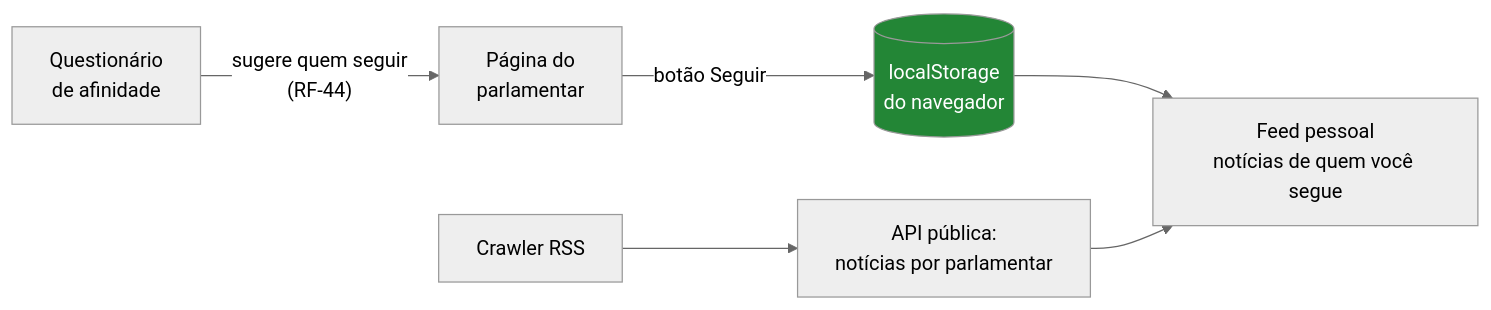
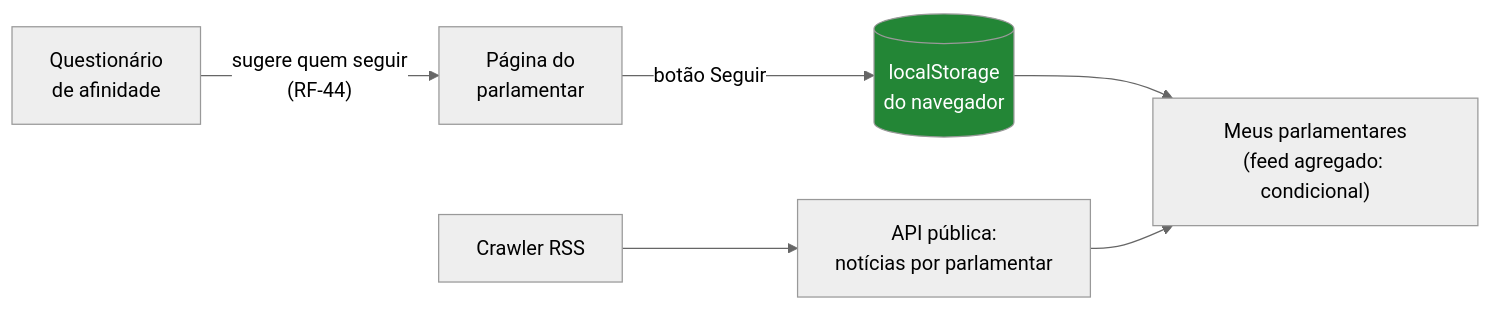
The second of 2 diagrams in docs/arq/30-pagina-do-parlamentar.md (IgorLucasAssuncao/poligraph), drawn with Mermaid (neutral theme) before and after one commit. The commit also changed other lines of this file, not shown here.

First line of the commit message:
docs: alinha a página do parlamentar ao feed condicional

````diff
--- a/docs/arq/30-pagina-do-parlamentar.md
+++ b/docs/arq/30-pagina-do-parlamentar.md
@@ -153,9 +155,9 @@
 ```mermaid
 flowchart LR
     Q["Questionário<br/>de afinidade"] -->|"sugere quem seguir<br/>(RF-44)"| P["Página do<br/>parlamentar"]
     P -->|"botão Seguir"| L[("localStorage<br/>do navegador")]
-    L --> F["Feed pessoal<br/>notícias de quem você segue"]
+    L --> F["Meus parlamentares<br/>(feed agregado: condicional)"]
     C["Crawler RSS"] --> API["API pública:<br/>notícias por parlamentar"]
     API --> F
     style L fill:#238636,color:#fff
 ```
````
